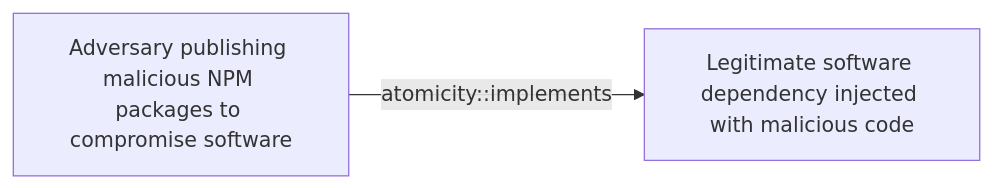
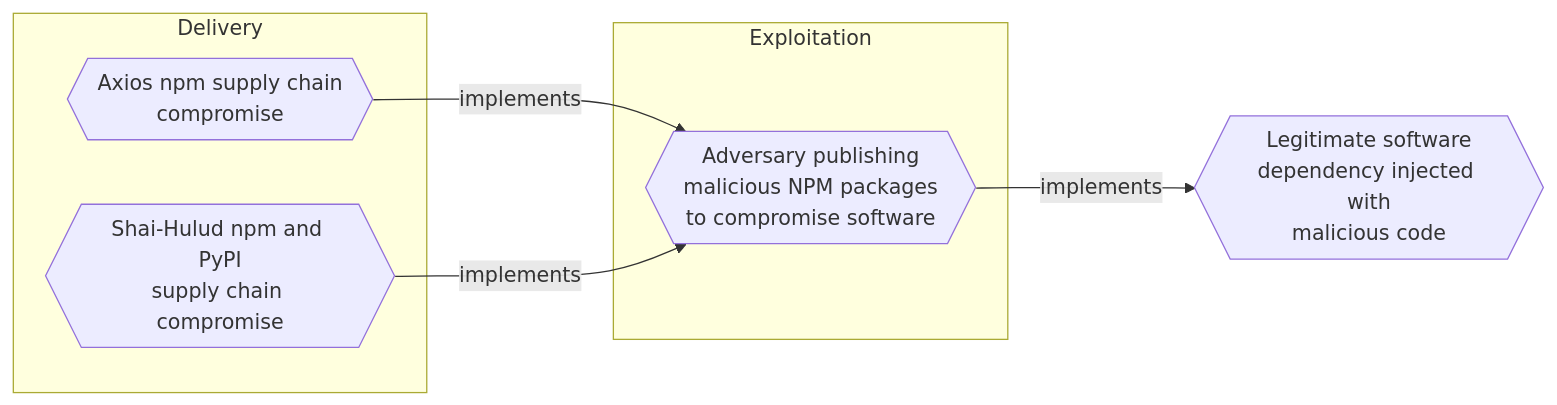
Before and after one commit to opentidehq/library: the diagram in docs/threats/adversary-publishing-malicious-npm-packages-to-compromise-software.md, drawn with Mermaid. The commit also changed other lines of this file and 540 other files, not shown here.

````diff
--- a/docs/threats/adversary-publishing-malicious-npm-packages-to-compromise-software.md
+++ b/docs/threats/adversary-publishing-malicious-npm-packages-to-compromise-software.md
@@ -74,6 +99,14 @@
 ```mermaid
 flowchart LR
-d24f2b4a_80fc_4ee7_9293_3f6e9e3bbbe4["Adversary publishing malicious NPM packages to compromise software"]
-b6887f4b_eeae_462c_a2ac_7454efb5eabc["Legitimate software dependency injected with malicious code"]
-d24f2b4a_80fc_4ee7_9293_3f6e9e3bbbe4 -->|atomicity::implements| b6887f4b_eeae_462c_a2ac_7454efb5eabc
+subgraph "Exploitation"
+d24f2b4a_80fc_4ee7_9293_3f6e9e3bbbe4{{"Adversary publishing<br>malicious NPM packages<br>to compromise software"}}
+end
+subgraph "Delivery"
+000790d9_06de_49af_893d_e4993abe6e38{{"Axios npm supply chain<br>compromise"}}
+59548b96_9b01_414c_badd_c0bf2ab40d9a{{"Shai-Hulud npm and PyPI<br>supply chain compromise"}}
+end
+b6887f4b_eeae_462c_a2ac_7454efb5eabc{{"Legitimate software<br>dependency injected with<br>malicious code"}}
+000790d9_06de_49af_893d_e4993abe6e38 -->|implements| d24f2b4a_80fc_4ee7_9293_3f6e9e3bbbe4
+59548b96_9b01_414c_badd_c0bf2ab40d9a -->|implements| d24f2b4a_80fc_4ee7_9293_3f6e9e3bbbe4
+d24f2b4a_80fc_4ee7_9293_3f6e9e3bbbe4 -->|implements| b6887f4b_eeae_462c_a2ac_7454efb5eabc
 ```
````
